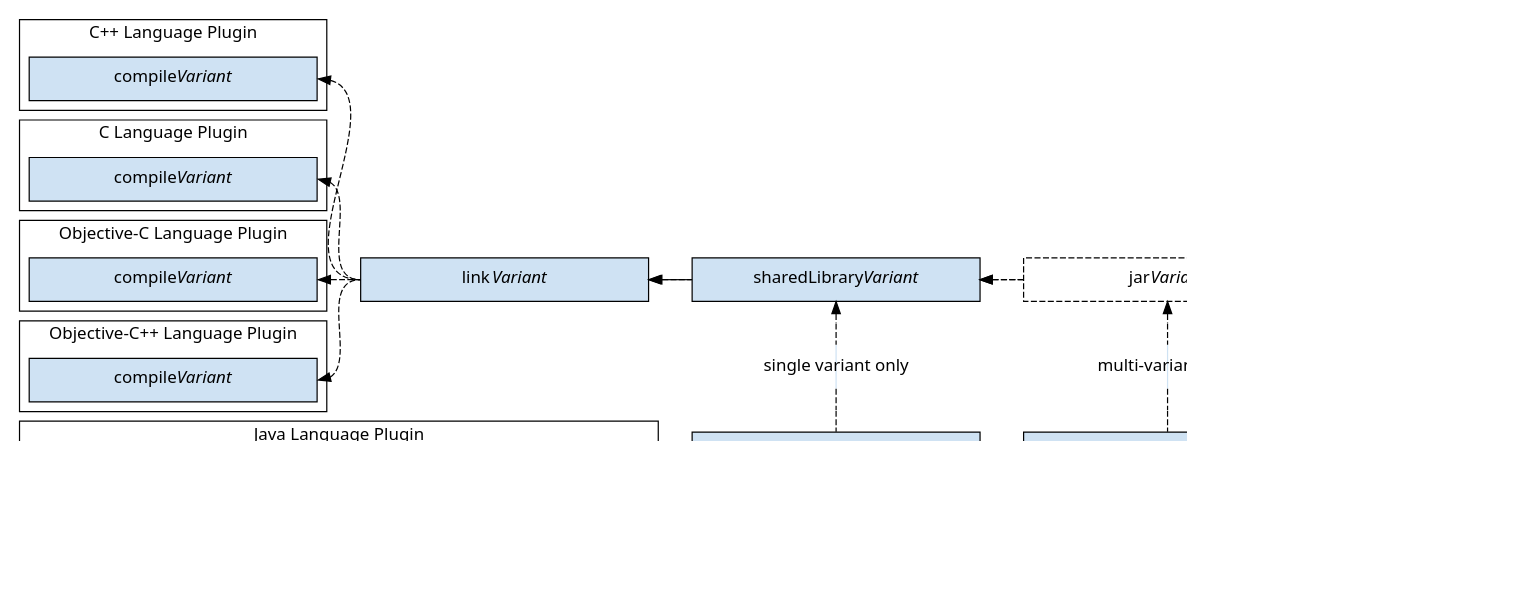
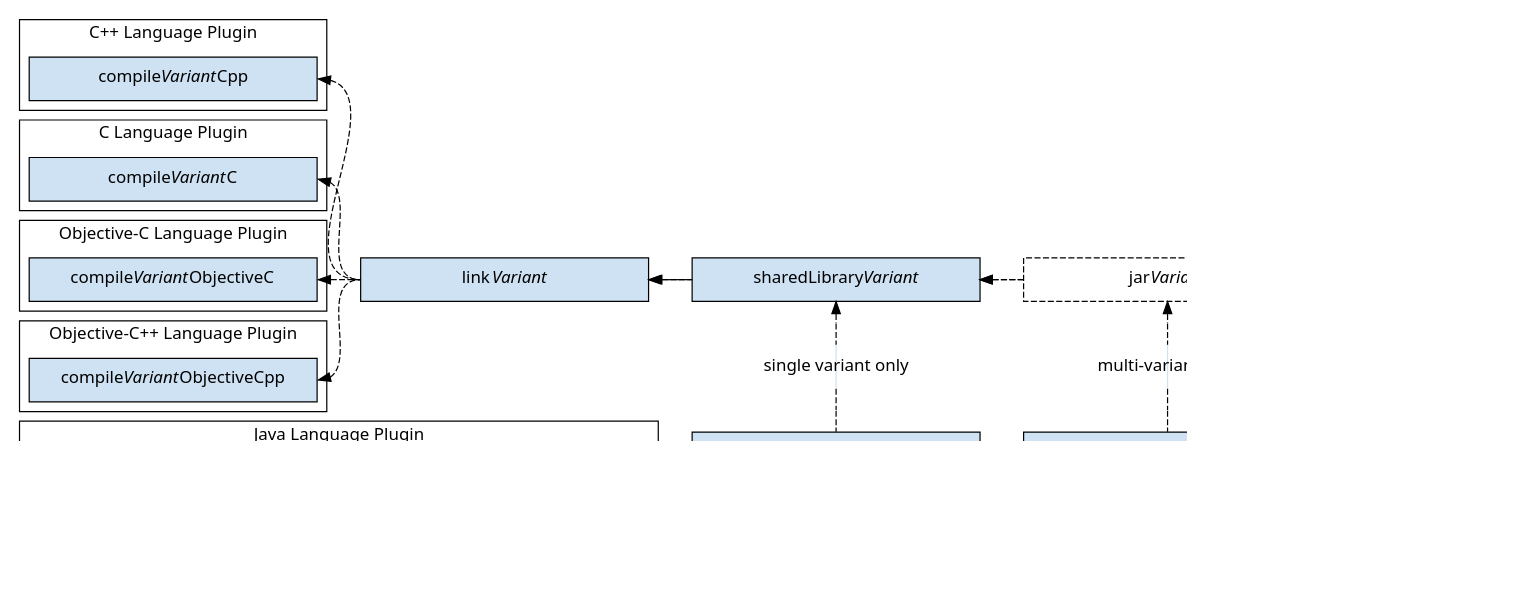
Before and after one commit to nokeedev/gradle-native: the diagram in subprojects/docs/src/docs/manual/img/jni-library-task-graph.dot, drawn with Graphviz.

Commit message:
Ensure the language is mentioned in the task graph

```diff
--- a/subprojects/docs/src/docs/manual/img/jni-library-task-graph.dot
+++ b/subprojects/docs/src/docs/manual/img/jni-library-task-graph.dot
@@ -1,78 +1,78 @@
 digraph jniLibraryTaskGraph {
   graph [ dpi = 100, fontname="Sans"];
   node [fontname = "Sans"];
   edge [fontname = "Sans"];
   node [shape=rectangle, fixedsize=true, width=3.3, height=0.5];
   node [style=filled, fillcolor="#cfe2f3"]
   rankdir=LR
 
   subgraph cluster_cppLanguage {
 	label = "C++ Language Plugin"
 	color = black
 
-	compileCpp [label=<compile<i>Variant</i>>]
+	compileCpp [label=<compile<i>Variant</i>Cpp>]
   }
 
   subgraph cluster_cLanguage {
 	label = "C Language Plugin"
 	color = black
 
-	compileC [label=<compile<i>Variant</i>>]
+	compileC [label=<compile<i>Variant</i>C>]
   }
 
   subgraph cluster_objectiveCLanguage {
 	label = "Objective-C Language Plugin"
 	color = black
 
-	compileObjC [label=<compile<i>Variant</i>>]
+	compileObjC [label=<compile<i>Variant</i>ObjectiveC>]
   }
 
   subgraph cluster_objectiveCppLanguage {
 	label = "Objective-C++ Language Plugin"
 	color = black
 
-	compileObjCpp [label=<compile<i>Variant</i>>]
+	compileObjCpp [label=<compile<i>Variant</i>ObjectiveCpp>]
   }
 
   subgraph cluster_javaLanguage {
 	label = "Java Language Plugin"
 
 	{compileJava, processResources} -> classes [dir=back headport=w tailport=e]
 	{rank=same compileJava processResources}
   }
 
   // Styling
   link [label=<link<i>Variant</i>>]
   sharedLibrary [label=<sharedLibrary<i>Variant</i>>]
   jarNative [style=dashed, label=<jar<i>Variant</i>>]
   jarJvm [label="jar"]
 
   // link to assemble
   {compileCpp compileC compileObjC compileObjCpp} -> link -> sharedLibrary -> jarNative [dir=back style=dashed headport=w tailport=e]
   link -> sharedLibrary[dir=back]
   sharedLibrary -> jarNative [dir=back style=dashed]
 
   {01, 02, 03 [width=0 shape=point];}
   02[label="multi-variant only" shape=plaintext]
   jarNative -> 01 [dir=back style=dashed]
   01 -> 02 -> 03 -> assemble [arrowhead=none style=dashed]
   {rank=same assemble 01 02 03 jarNative}
 
   {10, 20, 30 [width=0 shape=point];}
   20[label="single variant only" shape=plaintext]
   sharedLibrary -> 10 [dir=back style=dashed]
   10 -> 20 -> 30 -> jarJvm [arrowhead=none style=dashed]
   {rank=same jarJvm 10 20 30 sharedLibrary}
 
   // classes to assemble
   classes -> jarJvm [dir=back style=dashed]
   jarJvm -> assemble [dir=back]
 
   // assemble & check to build
   assemble -> build [dir=back]
   check -> build [dir=back]
 
   // align check & clean
   check -> clean [style=invis]
   {rank=same check clean}
 }
```
